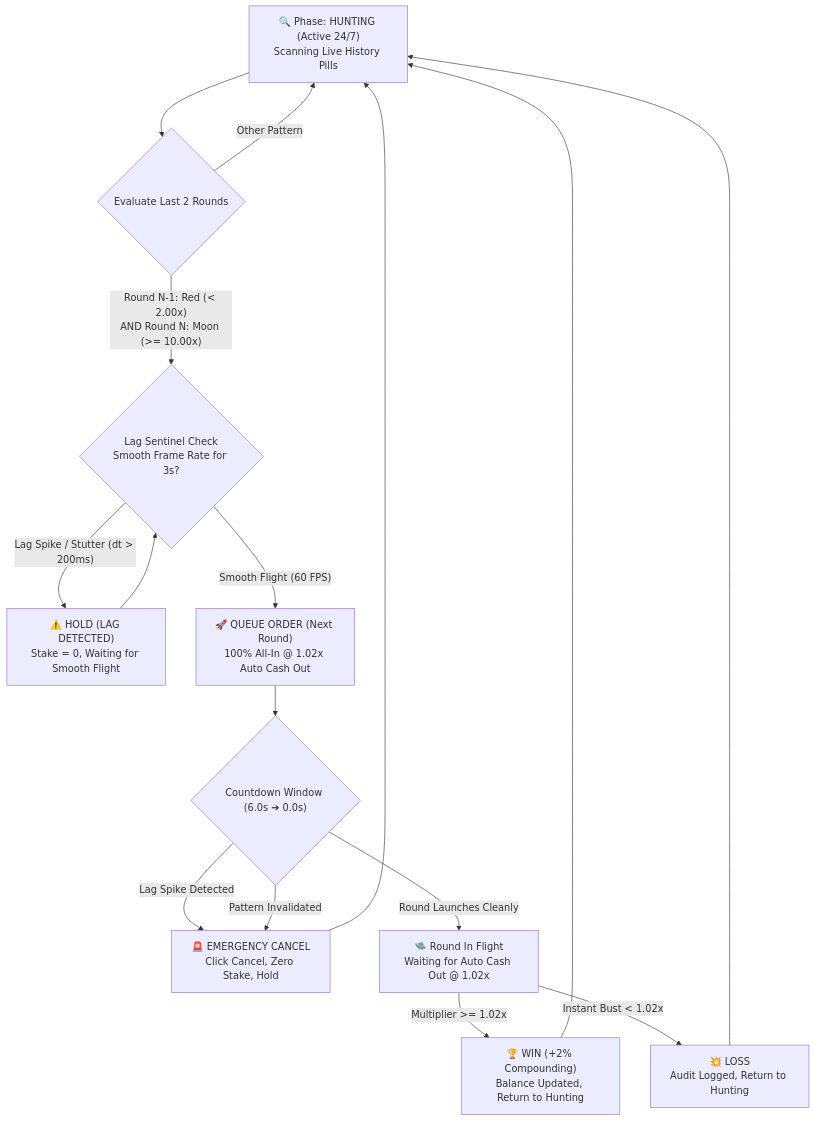
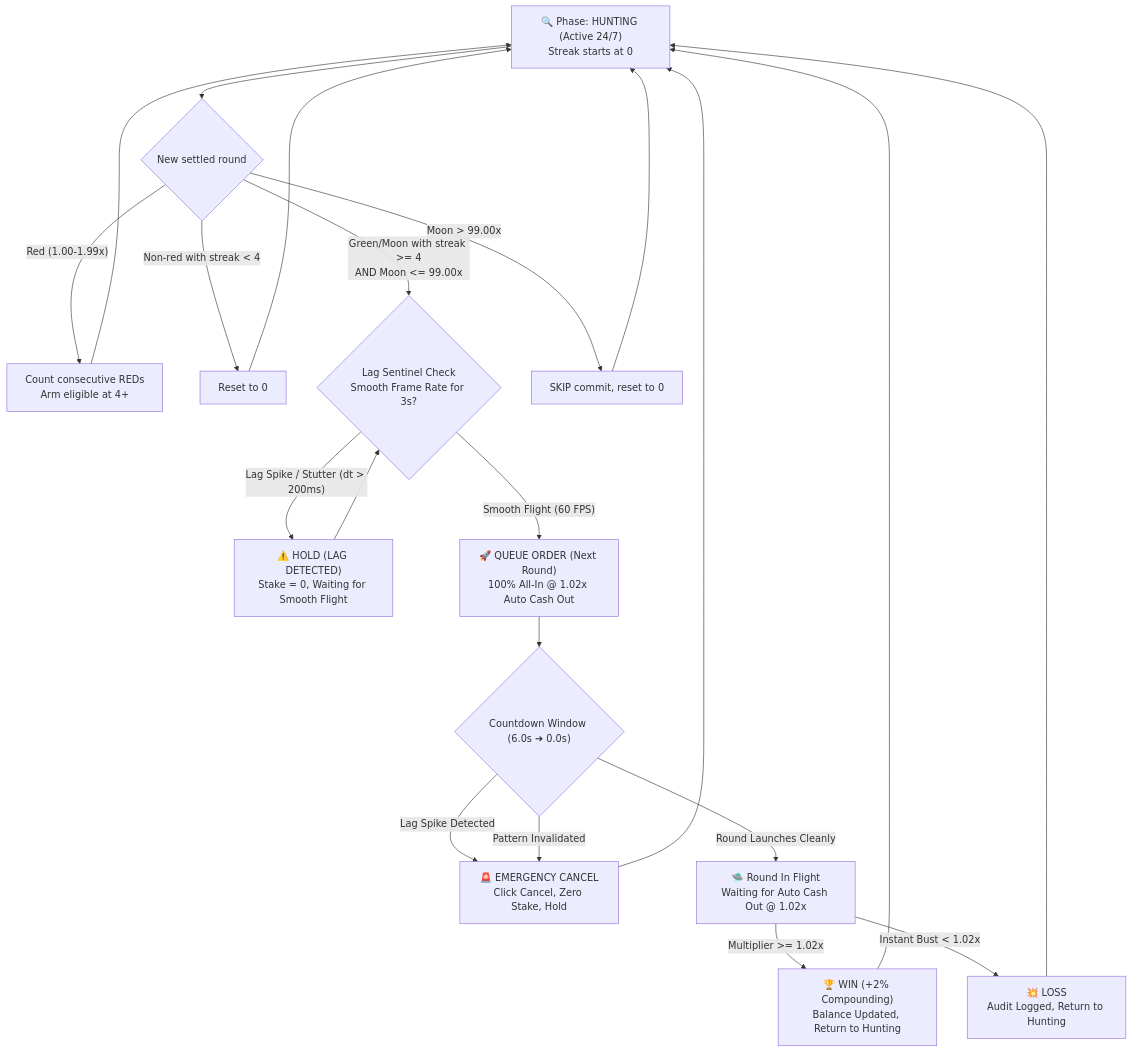
Before and after one commit to IceCool30/bc-game-crash-safebot: the diagram in skills/bc-game-crash-safebot/SKILL.md, drawn with Mermaid. The commit also changed other lines of this file and 5 other files, not shown here.

Commit message:
feat(pattern): replace Red->Moon with 4+ Red -> Green/Moon streak trigger

````diff
--- a/skills/bc-game-crash-safebot/SKILL.md
+++ b/skills/bc-game-crash-safebot/SKILL.md
@@ -88,26 +92,29 @@
 ```mermaid
 flowchart TD
-    Hunt["🔍 Phase: HUNTING (Active 24/7)<br/>Scanning Live History Pills"] --> Check{"Evaluate Last 2 Rounds"}
+    Hunt["🔍 Phase: HUNTING (Active 24/7)<br/>Streak starts at 0"] --> Check{"New settled round"}
     
-    Check -- "Round N-1: Red (< 2.00x)<br/>AND Round N: Moon (>= 10.00x)" --> LagCheck{"Lag Sentinel Check<br/>Smooth Frame Rate for 3s?"}
-    Check -- "Other Pattern" --> Hunt
+    Check -- "Red (1.00-1.99x)" --> Streak["Count consecutive REDs<br/>Arm eligible at 4+"]
+    Streak --> Hunt
+    Check -- "Non-red with streak < 4" --> Reset["Reset to 0"] --> Hunt
+    Check -- "Green/Moon with streak >= 4<br/>AND Moon <= 99.00x" --> LagCheck{"Lag Sentinel Check<br/>Smooth Frame Rate for 3s?"}
+    Check -- "Moon > 99.00x" --> Skip["SKIP commit, reset to 0"] --> Hunt
     
     LagCheck -- "Lag Spike / Stutter (dt > 200ms)" --> LagHold["⚠️ HOLD (LAG DETECTED)<br/>Stake = 0, Waiting for Smooth Flight"]
     LagHold --> LagCheck
     
     LagCheck -- "Smooth Flight (60 FPS)" --> QueueBet["🚀 QUEUE ORDER (Next Round)<br/>100% All-In @ 1.02x Auto Cash Out"]
     
     QueueBet --> CountdownWindow{"Countdown Window (6.0s ➔ 0.0s)"}
     
     CountdownWindow -- "Lag Spike Detected" --> Abort["🚨 EMERGENCY CANCEL<br/>Click Cancel, Zero Stake, Hold"]
     CountdownWindow -- "Pattern Invalidated" --> Abort
     Abort --> Hunt
     
     CountdownWindow -- "Round Launches Cleanly" --> Flight["🛸 Round In Flight<br/>Waiting for Auto Cash Out @ 1.02x"]
     
     Flight -- "Multiplier >= 1.02x" --> Win["🏆 WIN (+2% Compounding)<br/>Balance Updated, Return to Hunting"]
     Flight -- "Instant Bust < 1.02x" --> Loss["💥 LOSS<br/>Audit Logged, Return to Hunting"]
     
     Win --> Hunt
     Loss --> Hunt
 ```
````
